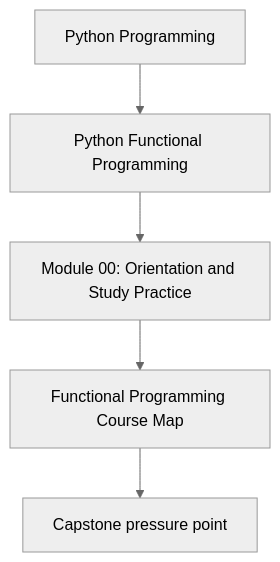
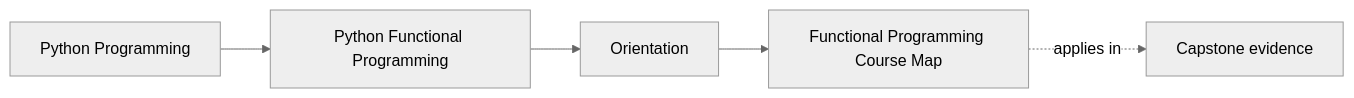
The first of 2 diagrams in programs/python-programming/python-functional-programming/course-book/module-00-orientation/course-map.md (bijux/bijux-masterclass), drawn with Mermaid (neutral theme) before and after one commit. The commit also changed other lines of this file and 73 other files, not shown here.

Commit message:
docs(python-functional-programming): map orientation through streaming foundations

````diff
--- a/programs/python-programming/python-functional-programming/course-book/module-00-orientation/course-map.md
+++ b/programs/python-programming/python-functional-programming/course-book/module-00-orientation/course-map.md
@@ -6,7 +6,11 @@
 ```mermaid
-flowchart TD
-  family["Python Programming"] --> program["Python Functional Programming"]
-  program --> module["Module 00: Orientation and Study Practice"]
-  module --> concept["Functional Programming Course Map"]
-  concept --> capstone["Capstone pressure point"]
+graph LR
+  family["Python Programming"]
+  program["Python Functional Programming"]
+  section["Orientation"]
+  page["Functional Programming Course Map"]
+  capstone["Capstone evidence"]
+
+  family --> program --> section --> page
+  page -.applies in.-> capstone
 ```
````
